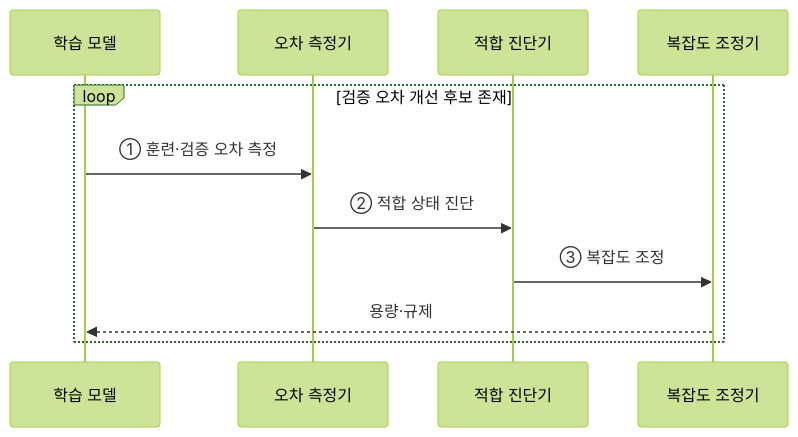
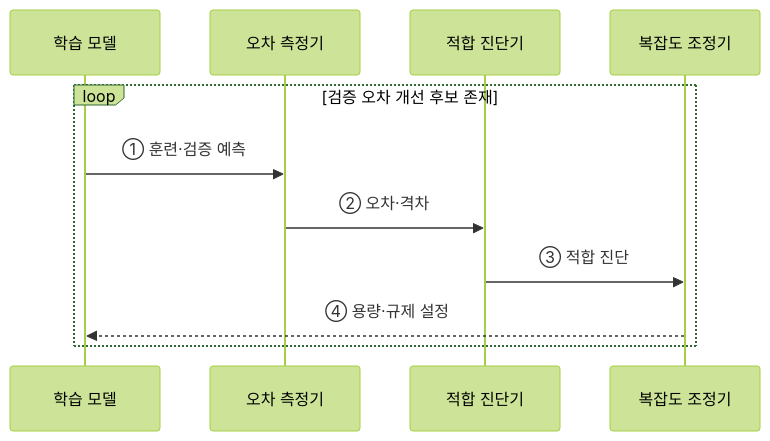
Before and after one commit to agnusdei1207/knowledge-base: the third of 3 diagrams in src/content/docs/notes/01-basic-theory/039_overfitting_bias_variance.md, drawn with Mermaid (forest theme). The commit also changed other lines of this file and 10 other files, not shown here.

````diff
--- a/src/content/docs/notes/01-basic-theory/039_overfitting_bias_variance.md
+++ b/src/content/docs/notes/01-basic-theory/039_overfitting_bias_variance.md
@@ -112,13 +98,13 @@
 ```mermaid
 sequenceDiagram
     participant M as 학습 모델
     participant E as 오차 측정기
     participant D as 적합 진단기
     participant C as 복잡도 조정기
     loop 검증 오차 개선 후보 존재
-        M->>E: ① 훈련·검증 오차 측정
-        E->>D: ② 적합 상태 진단
-        D->>C: ③ 복잡도 조정
-        C-->>M: 용량·규제
+        M->>E: ① 훈련·검증 예측
+        E->>D: ② 오차·격차
+        D->>C: ③ 적합 진단
+        C-->>M: ④ 용량·규제 설정
     end
 ```
````
